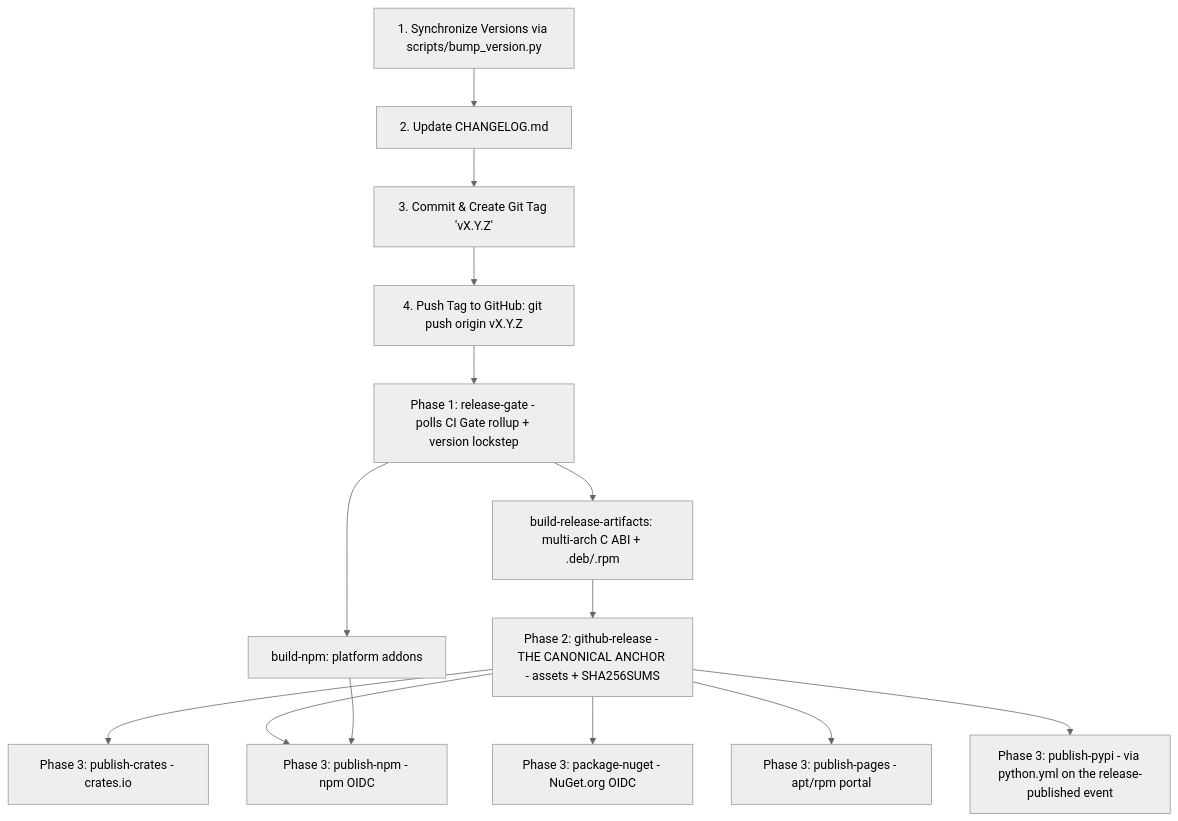
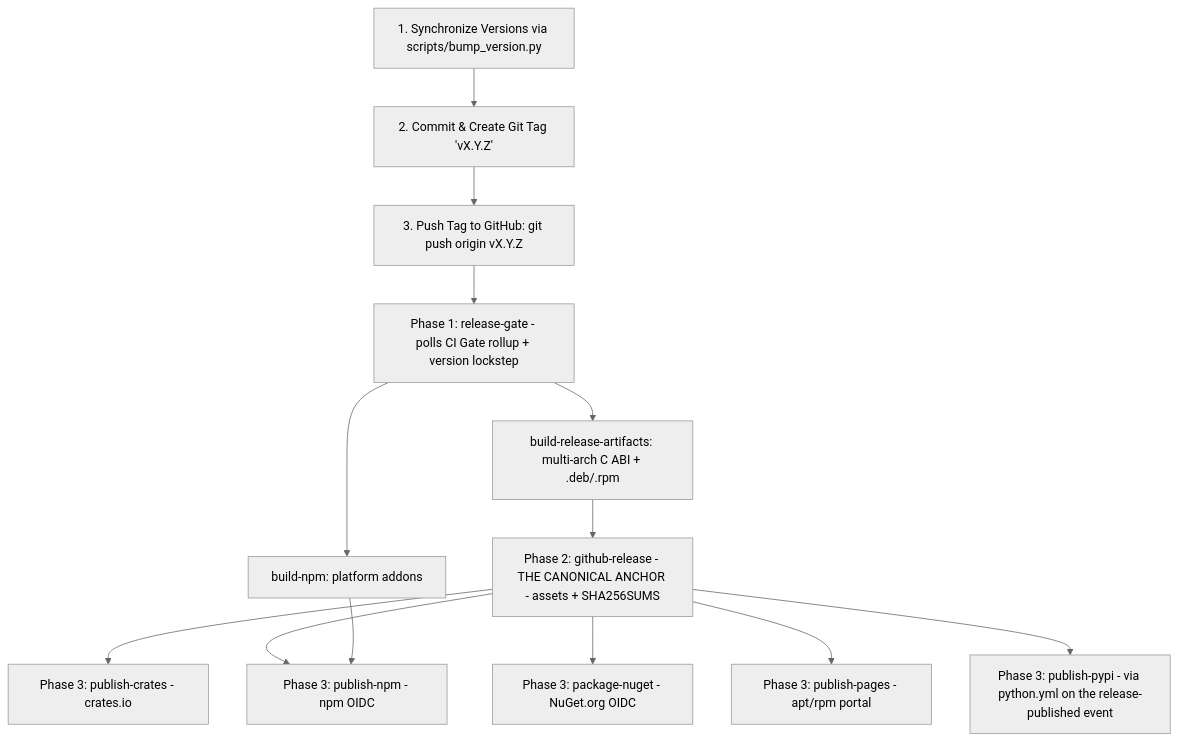
Before and after one commit to orieg/expanse: the diagram in docs/PACKAGING.md, drawn with Mermaid (neutral theme). The commit also changed other lines of this file and 2 other files, not shown here.

Commit message:
fix(dotnet, docs): correct nupkg README package links; categorized auto release notes replace CHANGELOG
- bindings/dotnet/README.md ships inside the Orieg.Expanse nupkg
  (PackageReadmeFile): its NuGet badge/link pointed at the nonexistent
  'Expanse.NET' package id, so nuget.org rendered 'NuGet package not
  found' in the README section. Now points at Orieg.Expanse.
- docs/PACKAGING.md prescribed updating a CHANGELOG.md that has never
  existed. Release notes are auto-generated; the steps and mermaid now say
  so, grouped by the new .github/release.yml label categories
  (features/fixes/perf/packaging/ci/docs, dependencies excluded).

````diff
--- a/docs/PACKAGING.md
+++ b/docs/PACKAGING.md
@@ -16,18 +16,17 @@
 ```mermaid
 graph TD
-    A[1. Synchronize Versions via scripts/bump_version.py] --> B[2. Update CHANGELOG.md]
-    B --> C[3. Commit & Create Git Tag 'vX.Y.Z']
-    C --> D[4. Push Tag to GitHub: git push origin vX.Y.Z]
+    A[1. Synchronize Versions via scripts/bump_version.py] --> C[2. Commit & Create Git Tag 'vX.Y.Z']
+    C --> D[3. Push Tag to GitHub: git push origin vX.Y.Z]
     D --> E[Phase 1: release-gate - polls CI Gate rollup + version lockstep]
 
     E --> F[build-release-artifacts: multi-arch C ABI + .deb/.rpm]
     E --> G[build-npm: platform addons]
     F --> H[Phase 2: github-release - THE CANONICAL ANCHOR - assets + SHA256SUMS]
 
     H --> I[Phase 3: publish-crates - crates.io]
     H --> J[Phase 3: publish-npm - npm OIDC]
     H --> K[Phase 3: package-nuget - NuGet.org OIDC]
     H --> L[Phase 3: publish-pages - apt/rpm portal]
     H --> M[Phase 3: publish-pypi - via python.yml on the release-published event]
     G --> J
 ```
````
